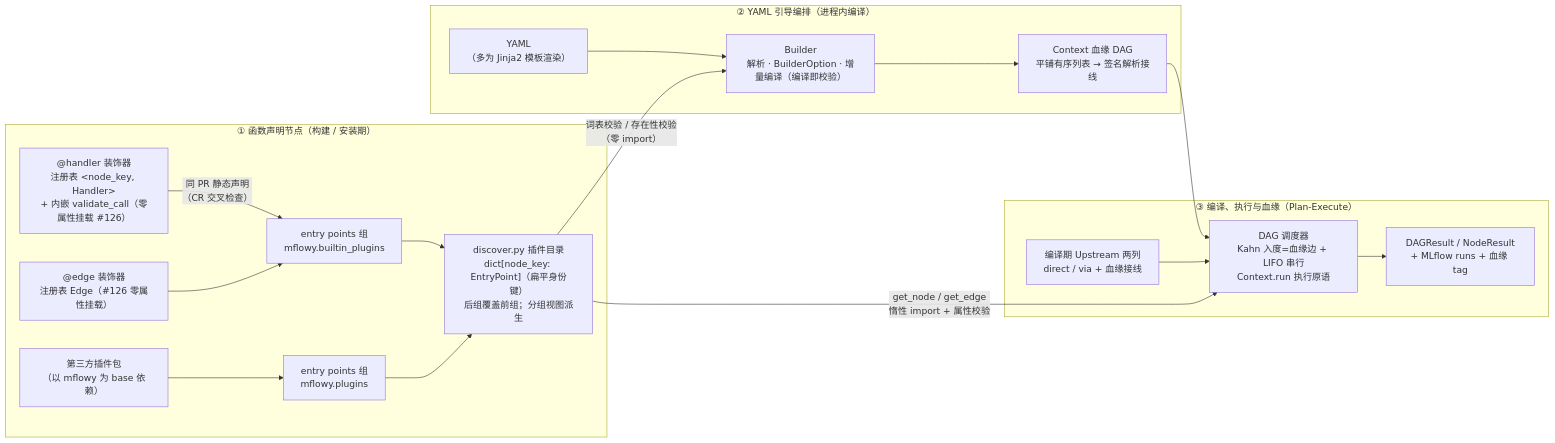
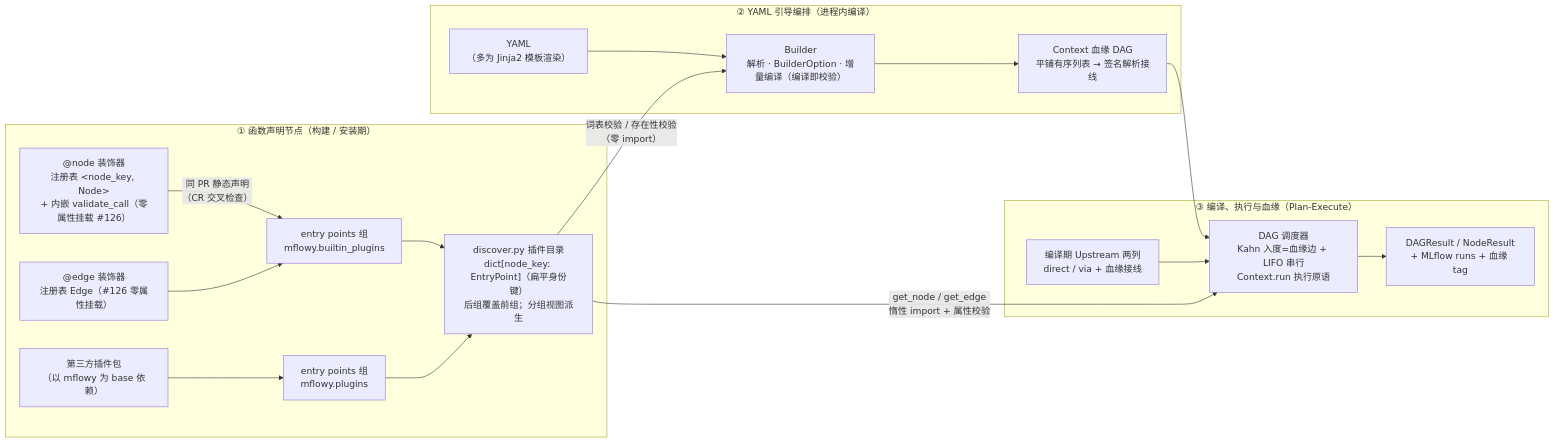
The first of 2 diagrams in packages/driver/README.md (ifoodsci-ai/mflowy), drawn with Mermaid before and after one commit. The commit also changed other lines of this file and 143 other files, not shown here.

Commit message:
refactor(#128): SDK 词汇全对齐——handler.py→node.py、Handler→Node、@handler→@node（BREAKING·纯改名）

````diff
--- a/packages/driver/README.md
+++ b/packages/driver/README.md
@@ -48,24 +48,24 @@
 ```mermaid
 flowchart LR
     subgraph declare["① 函数声明节点（构建 / 安装期）"]
-        H["@handler 装饰器<br/>注册表 &lt;node_key, Handler&gt;<br/>+ 内嵌 validate_call（零属性挂载 #126）"] -- "同 PR 静态声明<br/>（CR 交叉检查）" --> EP1["entry points 组<br/>mflowy.builtin_plugins"]
+        H["@node 装饰器<br/>注册表 &lt;node_key, Node&gt;<br/>+ 内嵌 validate_call（零属性挂载 #126）"] -- "同 PR 静态声明<br/>（CR 交叉检查）" --> EP1["entry points 组<br/>mflowy.builtin_plugins"]
         E["@edge 装饰器<br/>注册表 Edge（#126 零属性挂载）"] --> EP1
         THIRD["第三方插件包<br/>（以 mflowy 为 base 依赖）"] --> EP2["entry points 组<br/>mflowy.plugins"]
         EP1 --> DISC["discover.py 插件目录<br/>dict[node_key: EntryPoint]（扁平身份键）<br/>后组覆盖前组；分组视图派生"]
         EP2 --> DISC
     end
 
     subgraph compose["② YAML 引导编排（进程内编译）"]
         YAML["YAML<br/>（多为 Jinja2 模板渲染）"] --> B["Builder<br/>解析 · BuilderOption · 增量编译（编译即校验）"]
         B --> DAG["Context 血缘 DAG<br/>平铺有序列表 → 签名解析接线"]
     end
 
     subgraph runtime["③ 编译、执行与血缘（Plan-Execute）"]
         P["编译期 Upstream 两列<br/>direct / via + 血缘接线"] --> W["DAG 调度器<br/>Kahn 入度=血缘边 + LIFO 串行<br/>Context.run 执行原语"]
         W --> RES["DAGResult / NodeResult<br/>+ MLflow runs + 血缘 tag"]
     end
 
     DISC -->|"词表校验 / 存在性校验<br/>（零 import）"| B
     DISC -->|"get_node / get_edge<br/>惰性 import + 属性校验"| W
     DAG --> W
 ```
````
